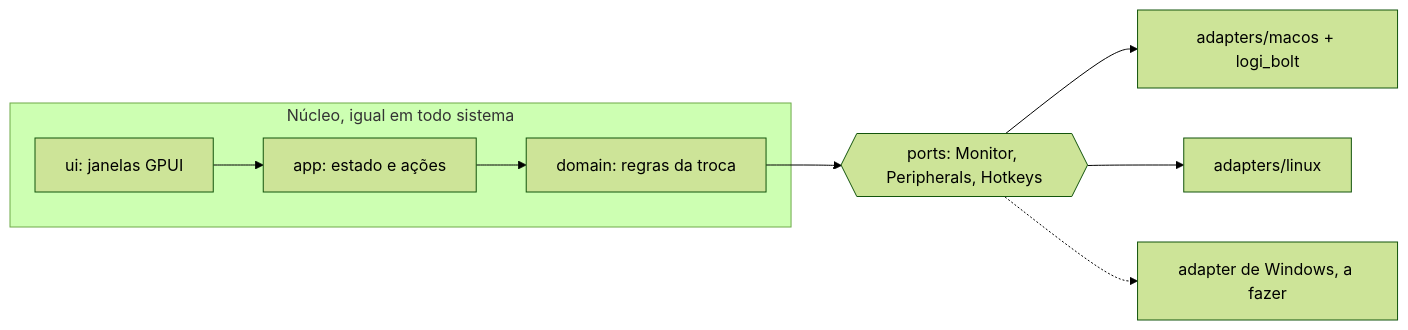
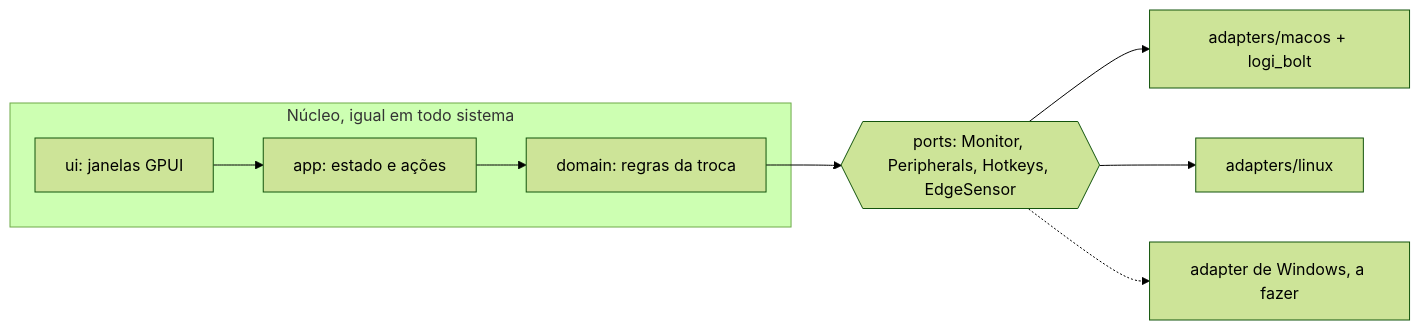
The diagram in README.md (mpgxc/kvm-switch), drawn with Mermaid (forest theme) before and after one commit. The commit also changed other lines of this file and 16 other files, not shown here.

````diff
--- a/README.md
+++ b/README.md
@@ -123,11 +144,11 @@
 ```mermaid
 flowchart LR
   subgraph nucleo [Núcleo, igual em todo sistema]
     ui[ui: janelas GPUI] --> app[app: estado e ações]
     app --> domain[domain: regras da troca]
   end
-  domain --> ports{{ports: Monitor, Peripherals, Hotkeys}}
+  domain --> ports{{ports: Monitor, Peripherals, Hotkeys, EdgeSensor}}
   ports --> mac[adapters/macos + logi_bolt]
   ports --> linux[adapters/linux]
   ports -.-> outros[adapter de Windows, a fazer]
 ```
````
